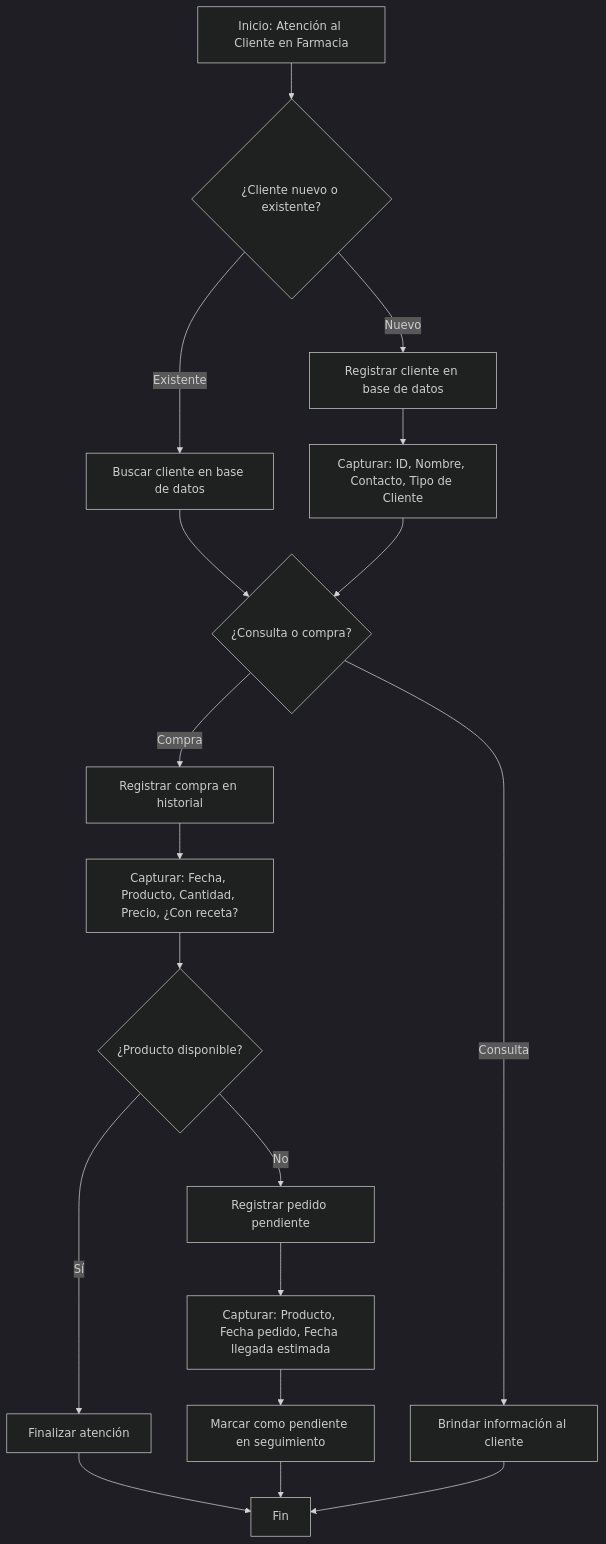
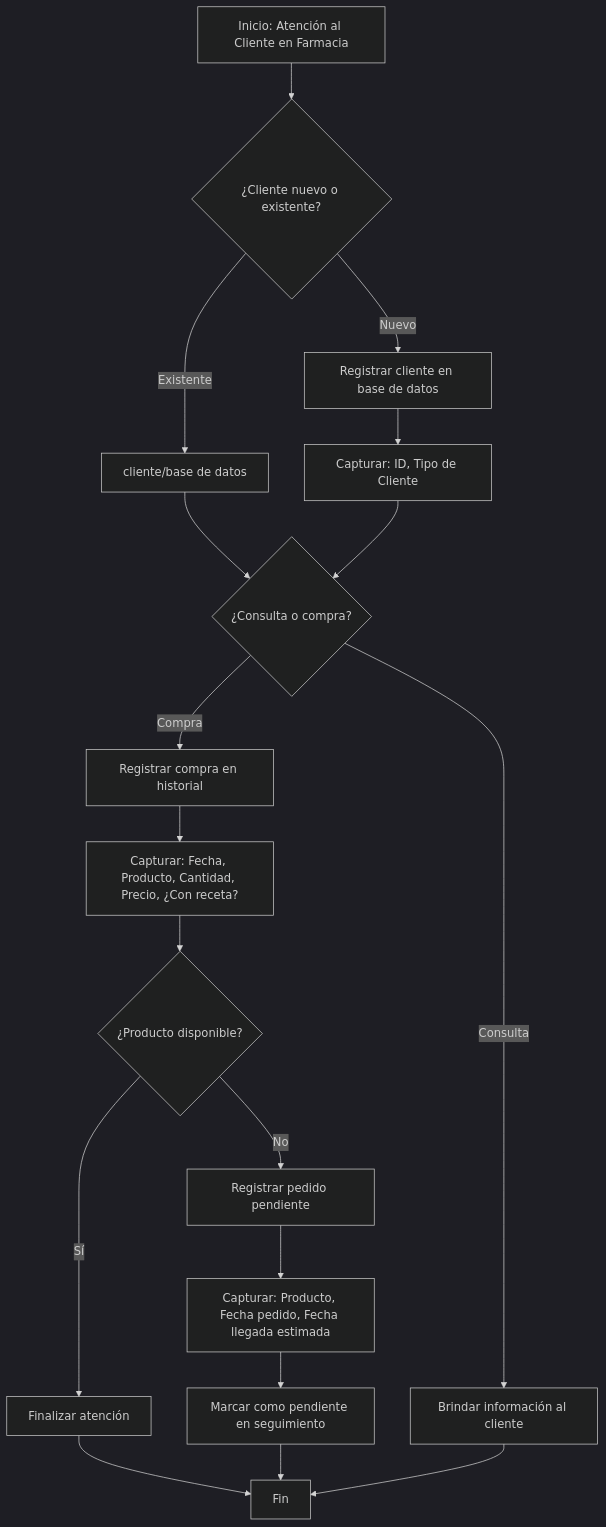
One commit to bererivcp/proceso_farmacia.md changed the diagram in proceso_farmacia.md. Above: the diagram before and after it, drawn with Mermaid (dark theme).

````diff
--- a/proceso_farmacia.md
+++ b/proceso_farmacia.md
@@ -3,29 +3,29 @@
 ```mermaid
 flowchart TD
     A[Inicio: Atención al Cliente en Farmacia] --> B{¿Cliente nuevo o existente?}
 
     B -- Nuevo --> C[Registrar cliente en base de datos]
-    C --> D[Capturar: ID, Nombre, Contacto, Tipo de Cliente]
+    C --> D[Capturar: ID, Tipo de Cliente]
 
-    B -- Existente --> E[Buscar cliente en base de datos]
+    B -- Existente --> E[ cliente/base de datos]
 
     E --> F{¿Consulta o compra?}
     D --> F
 
     F -- Consulta --> G[Brindar información al cliente]
 
     F -- Compra --> H[Registrar compra en historial]
     H --> I[Capturar: Fecha, Producto, Cantidad, Precio, ¿Con receta?]
 
     I --> J{¿Producto disponible?}
 
     J -- Sí --> K[Finalizar atención]
 
     J -- No --> L[Registrar pedido pendiente]
     L --> M[Capturar: Producto, Fecha pedido, Fecha llegada estimada]
     M --> N[Marcar como pendiente en seguimiento]
 
     K --> O[Fin]
     N --> O
     G --> O
 ```
````
